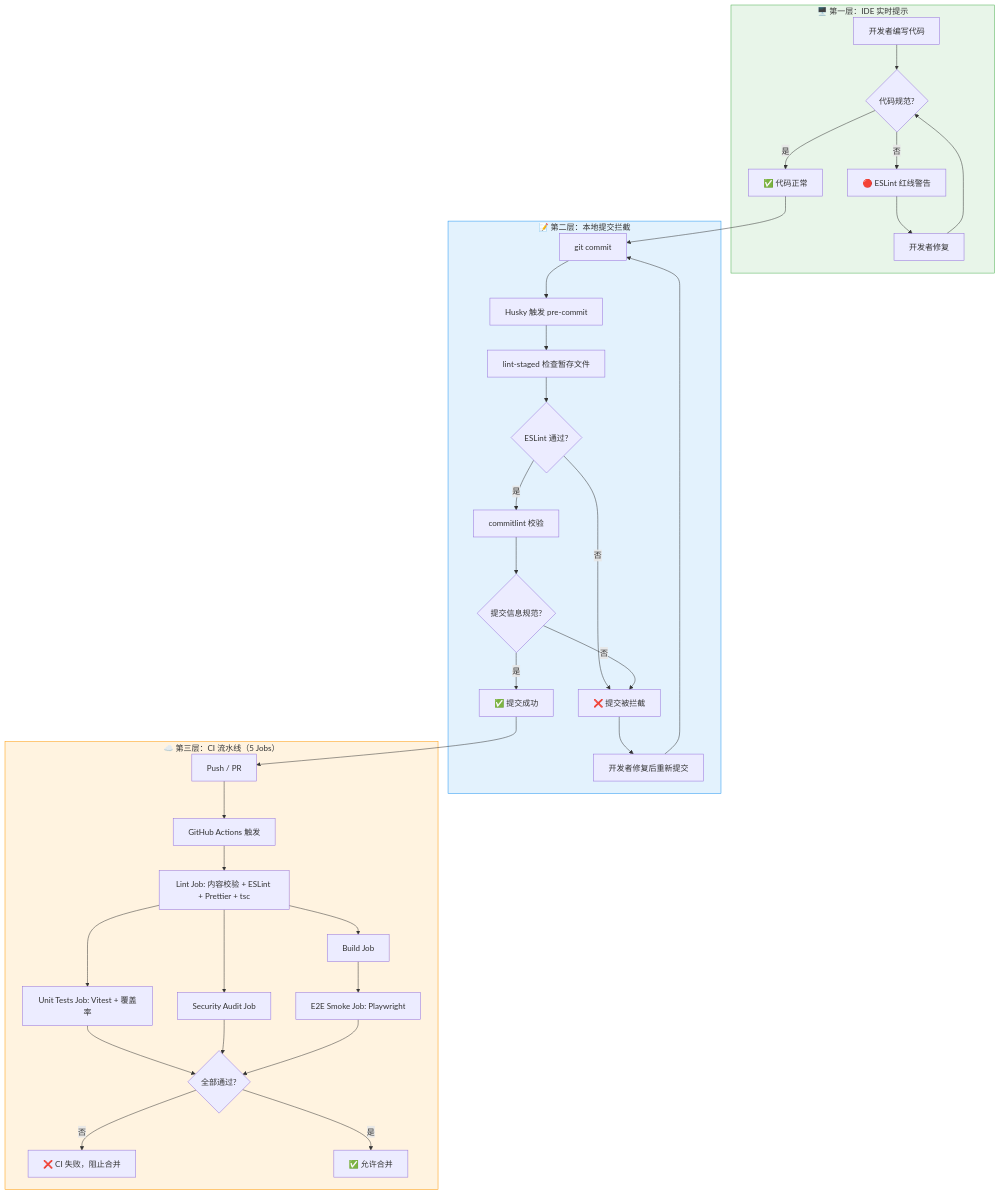
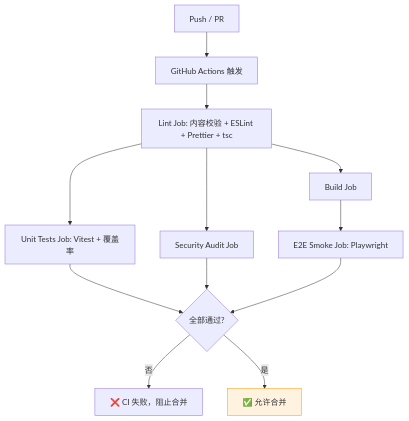
Before and after one commit to Harvey-Andrew/bare-algorithm: the third of 3 diagrams in CONTRIBUTING.md, drawn with Mermaid. The commit also changed other lines of this file and 7 other files, not shown here.

````diff
--- a/CONTRIBUTING.md
+++ b/CONTRIBUTING.md
@@ -67,42 +100,14 @@
 ```mermaid
 flowchart TB
-    subgraph Layer1["🖥️ 第一层：IDE 实时提示"]
-        A1[开发者编写代码] --> A2{代码规范?}
-        A2 -->|否| A3["🔴 ESLint 红线警告"]
-        A3 --> A4[开发者修复]
-        A4 --> A2
-        A2 -->|是| A5["✅ 代码正常"]
-    end
+    C1[Push / PR] --> C2[GitHub Actions 触发]
+    C2 --> C3["Lint Job: 内容校验 + ESLint + Prettier + tsc"]
+    C3 --> C4["Unit Tests Job: Vitest + 覆盖率"]
+    C3 --> C5["Security Audit Job"]
+    C3 --> C6["Build Job"]
+    C6 --> C7["E2E Smoke Job: Playwright"]
+    C4 & C5 & C7 --> C8{全部通过?}
+    C8 -->|否| C9["❌ CI 失败，阻止合并"]
+    C8 -->|是| C10["✅ 允许合并"]
 
-    subgraph Layer2["📝 第二层：本地提交拦截"]
-        B1[git commit] --> B2[Husky 触发 pre-commit]
-        B2 --> B3[lint-staged 检查暂存文件]
-        B3 --> B4{ESLint 通过?}
-        B4 -->|否| B5["❌ 提交被拦截"]
-        B5 --> B6[开发者修复后重新提交]
-        B6 --> B1
-        B4 -->|是| B7[commitlint 校验]
-        B7 --> B8{提交信息规范?}
-        B8 -->|否| B5
-        B8 -->|是| B9["✅ 提交成功"]
-    end
-
-    subgraph Layer3["☁️ 第三层：CI 流水线（5 Jobs）"]
-        C1[Push / PR] --> C2[GitHub Actions 触发]
-        C2 --> C3["Lint Job: 内容校验 + ESLint + Prettier + tsc"]
-        C3 --> C4["Unit Tests Job: Vitest + 覆盖率"]
-        C3 --> C5["Security Audit Job"]
-        C3 --> C6["Build Job"]
-        C6 --> C7["E2E Smoke Job: Playwright"]
-        C4 & C5 & C7 --> C8{全部通过?}
-        C8 -->|否| C9["❌ CI 失败，阻止合并"]
-        C8 -->|是| C10["✅ 允许合并"]
-    end
-
-    A5 --> B1
-    B9 --> C1
-
-    style Layer1 fill:#e8f5e9,stroke:#4caf50
-    style Layer2 fill:#e3f2fd,stroke:#2196f3
-    style Layer3 fill:#fff3e0,stroke:#ff9800
+    style C10 fill:#fff3e0,stroke:#ff9800
 ```
````
